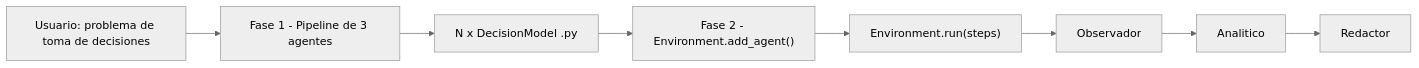
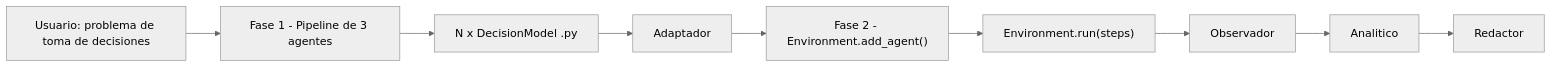
One commit to srfreire/labTFG changed the third of 4 diagrams in phase2-juan/docs/DESIGN.md. Above: the diagram before and after it, drawn with Mermaid (neutral theme). The commit also changed other lines of this file, not shown here.

````diff
--- a/phase2-juan/docs/DESIGN.md
+++ b/phase2-juan/docs/DESIGN.md
@@ -228,10 +231,11 @@
 ```mermaid
 flowchart LR
     U["Usuario: problema de toma de decisiones"] --> P1["Fase 1 - Pipeline de 3 agentes"]
     P1 --> M["N x DecisionModel .py"]
-    M --> ENV["Fase 2 - Environment.add_agent()"]
+    M --> AD["Adaptador"]
+    AD --> ENV["Fase 2 - Environment.add_agent()"]
     ENV --> SIM["Environment.run(steps)"]
     SIM --> OBS["Observador"]
     OBS --> AN["Analitico"]
     AN --> RED["Redactor"]
 ```
````
